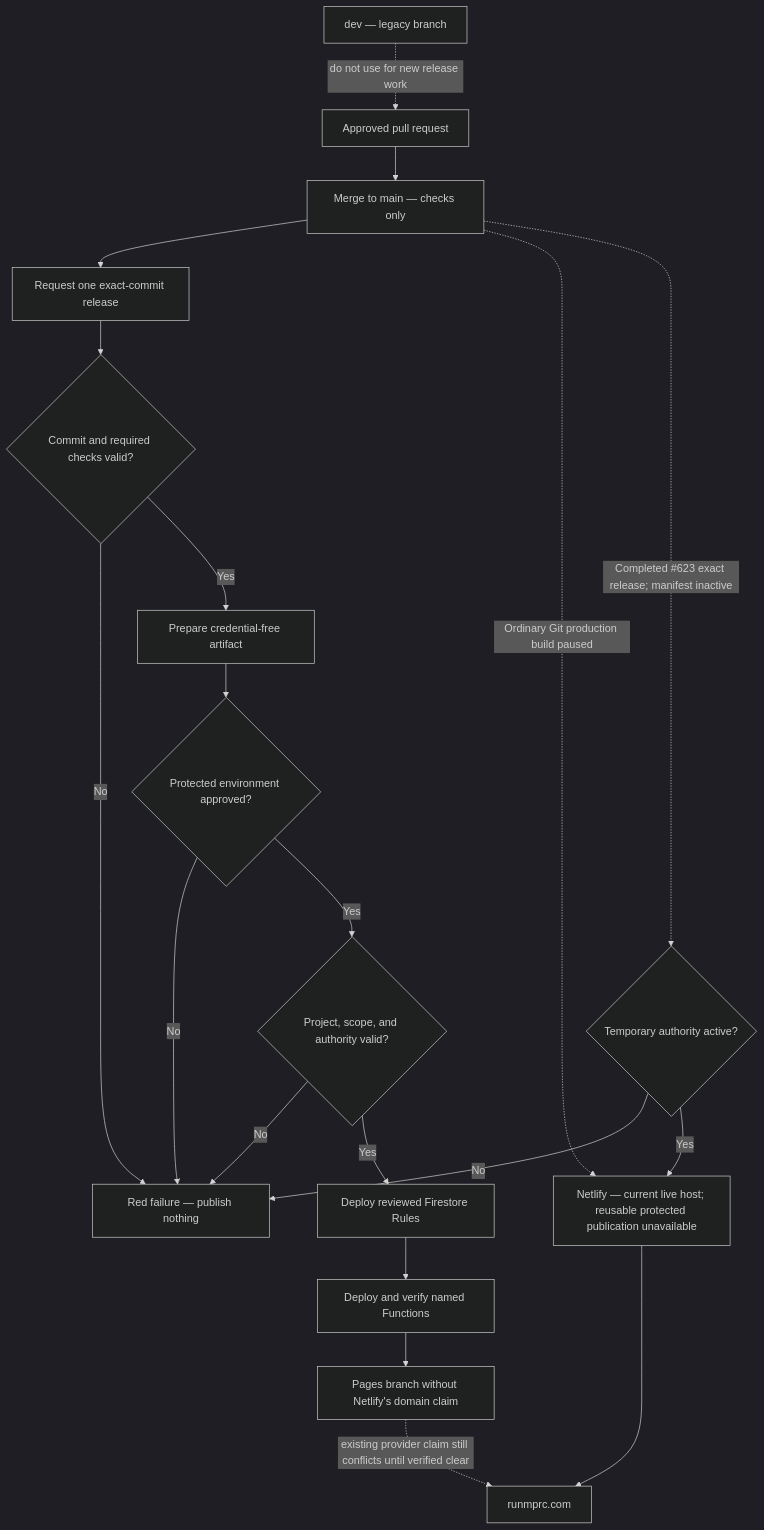
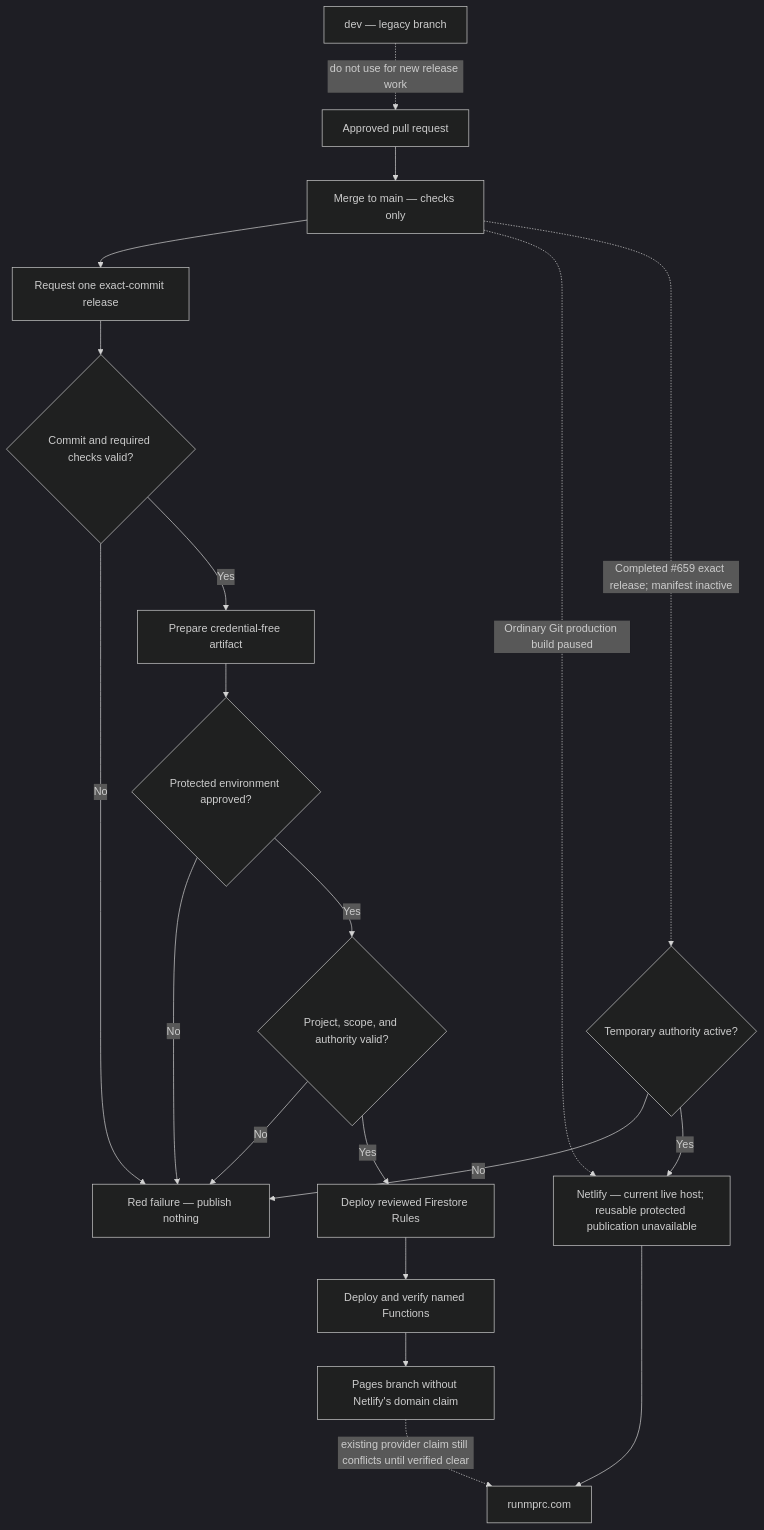
Before and after one commit to Run-MPRC/Run-MPRC.github.io: the fourth of 10 diagrams in docs/officers/SYSTEM_MAPS.md, drawn with Mermaid (dark theme). The commit also changed other lines of this file and 13 other files, not shown here.

````diff
--- a/docs/officers/SYSTEM_MAPS.md
+++ b/docs/officers/SYSTEM_MAPS.md
@@ -74,22 +74,22 @@
 ```mermaid
 flowchart TD
     PR["Approved pull request"] --> Main["Merge to main — checks only"]
     Main --> Request["Request one exact-commit release"]
     Request --> Preflight{"Commit and required checks valid?"}
     Preflight -- "No" --> Stop["Red failure — publish nothing"]
     Preflight -- "Yes" --> Prepare["Prepare credential-free artifact"]
     Prepare --> Approval{"Protected environment approved?"}
     Approval -- "No" --> Stop
     Approval -- "Yes" --> Gate{"Project, scope, and authority valid?"}
     Gate -- "No" --> Stop
     Gate -- "Yes" --> Rules["Deploy reviewed Firestore Rules"]
     Rules --> Functions["Deploy and verify named Functions"]
     Functions --> Pages["Pages branch without Netlify's domain claim"]
     Main -. "Ordinary Git production build paused" .-> Netlify
-    Main -. "Completed #623 exact release; manifest inactive" .-> WebGate{"Temporary authority active?"}
+    Main -. "Completed #659 exact release; manifest inactive" .-> WebGate{"Temporary authority active?"}
     WebGate -- "No" --> Stop
     WebGate -- "Yes" --> Netlify
     Netlify["Netlify — current live host; reusable protected publication unavailable"] --> Live["runmprc.com"]
     Pages -. "existing provider claim still conflicts until verified clear" .-> Live
     Dev["dev — legacy branch"] -. "do not use for new release work" .-> PR
 ```
````
